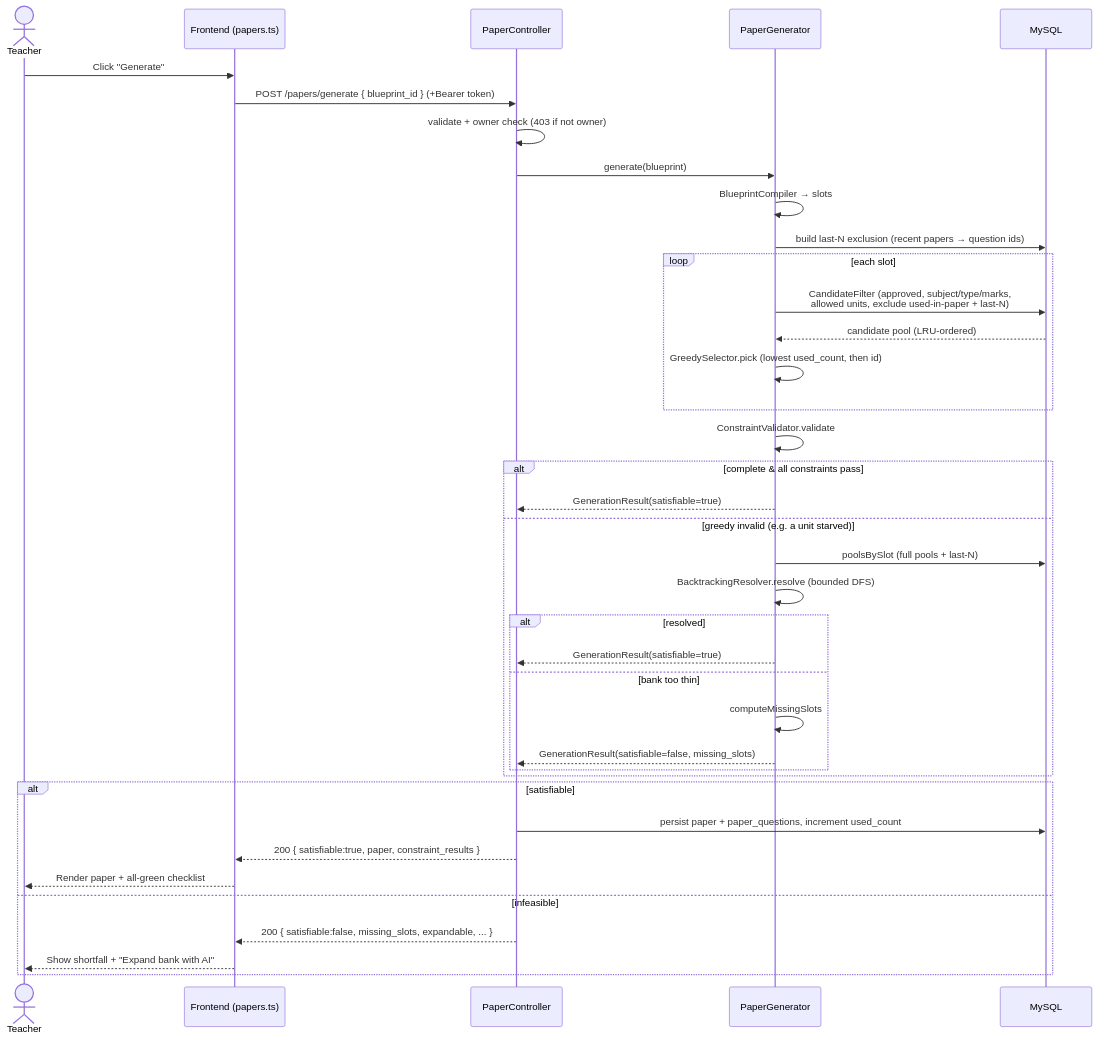
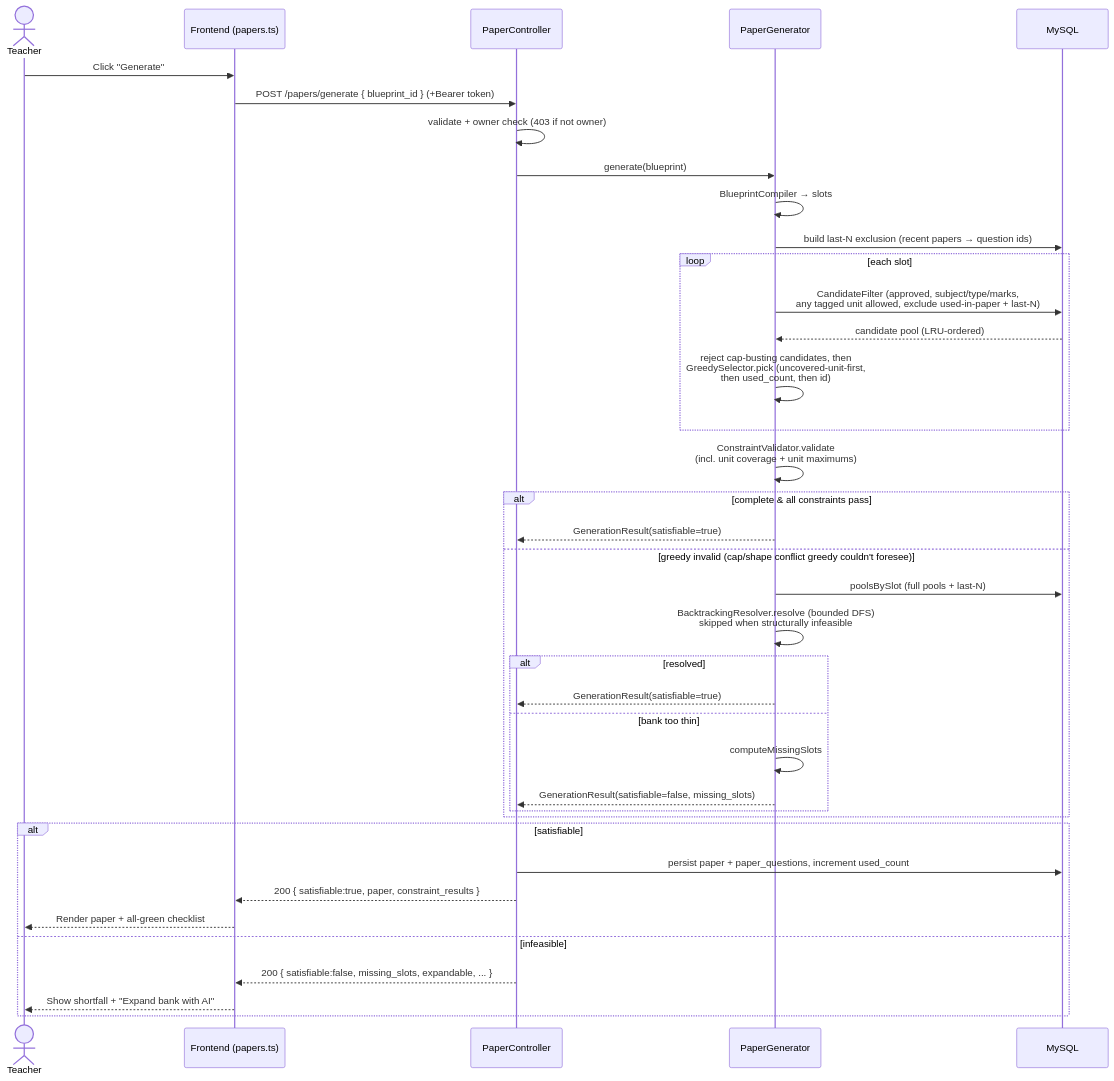
The first of 3 diagrams in docs/VIVA-GUIDE.md (rohitshakyaa/Q-Forge), drawn with Mermaid before and after one commit. The commit also changed other lines of this file, not shown here.

Commit message:
feat: Enhance coverage-aware greedy algorithm and multi-unit question handling in Viva Guide

````diff
--- a/docs/VIVA-GUIDE.md
+++ b/docs/VIVA-GUIDE.md
@@ -94,41 +97,41 @@
 ```mermaid
 sequenceDiagram
     actor T as Teacher
     participant FE as Frontend (papers.ts)
     participant API as PaperController
     participant PG as PaperGenerator
     participant DB as MySQL
 
     T->>FE: Click "Generate"
     FE->>API: POST /papers/generate { blueprint_id } (+Bearer token)
     API->>API: validate + owner check (403 if not owner)
     API->>PG: generate(blueprint)
     PG->>PG: BlueprintCompiler → slots
     PG->>DB: build last-N exclusion (recent papers → question ids)
     loop each slot
-        PG->>DB: CandidateFilter (approved, subject/type/marks,<br/>allowed units, exclude used-in-paper + last-N)
+        PG->>DB: CandidateFilter (approved, subject/type/marks,<br/>any tagged unit allowed, exclude used-in-paper + last-N)
         DB-->>PG: candidate pool (LRU-ordered)
-        PG->>PG: GreedySelector.pick (lowest used_count, then id)
+        PG->>PG: reject cap-busting candidates, then<br/>GreedySelector.pick (uncovered-unit-first,<br/>then used_count, then id)
     end
-    PG->>PG: ConstraintValidator.validate
+    PG->>PG: ConstraintValidator.validate<br/>(incl. unit coverage + unit maximums)
     alt complete & all constraints pass
         PG-->>API: GenerationResult(satisfiable=true)
-    else greedy invalid (e.g. a unit starved)
+    else greedy invalid (cap/shape conflict greedy couldn't foresee)
         PG->>DB: poolsBySlot (full pools + last-N)
-        PG->>PG: BacktrackingResolver.resolve (bounded DFS)
+        PG->>PG: BacktrackingResolver.resolve (bounded DFS)<br/>skipped when structurally infeasible
         alt resolved
             PG-->>API: GenerationResult(satisfiable=true)
         else bank too thin
             PG->>PG: computeMissingSlots
             PG-->>API: GenerationResult(satisfiable=false, missing_slots)
         end
     end
     alt satisfiable
         API->>DB: persist paper + paper_questions, increment used_count
         API-->>FE: 200 { satisfiable:true, paper, constraint_results }
         FE-->>T: Render paper + all-green checklist
     else infeasible
         API-->>FE: 200 { satisfiable:false, missing_slots, expandable, ... }
         FE-->>T: Show shortfall + "Expand bank with AI"
     end
 ```
````
